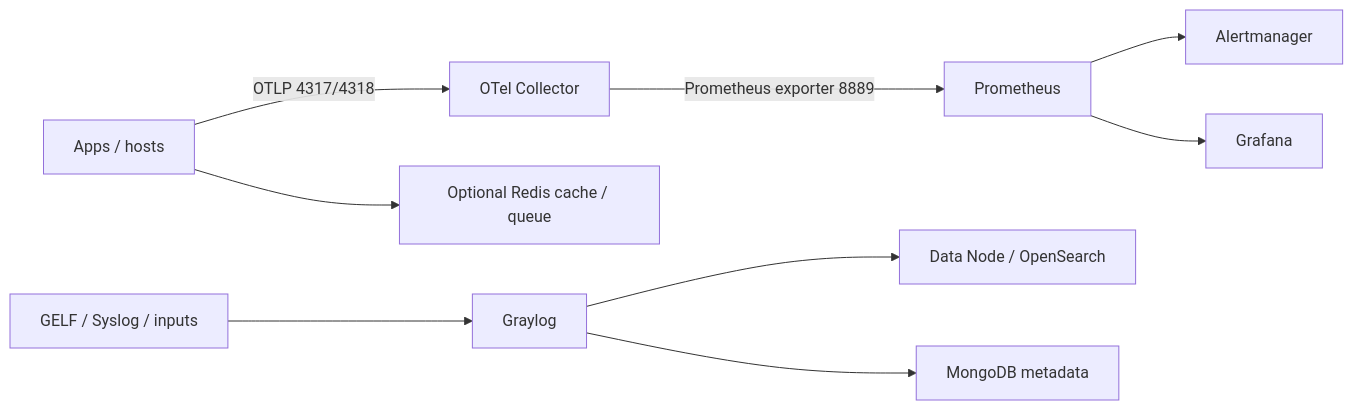
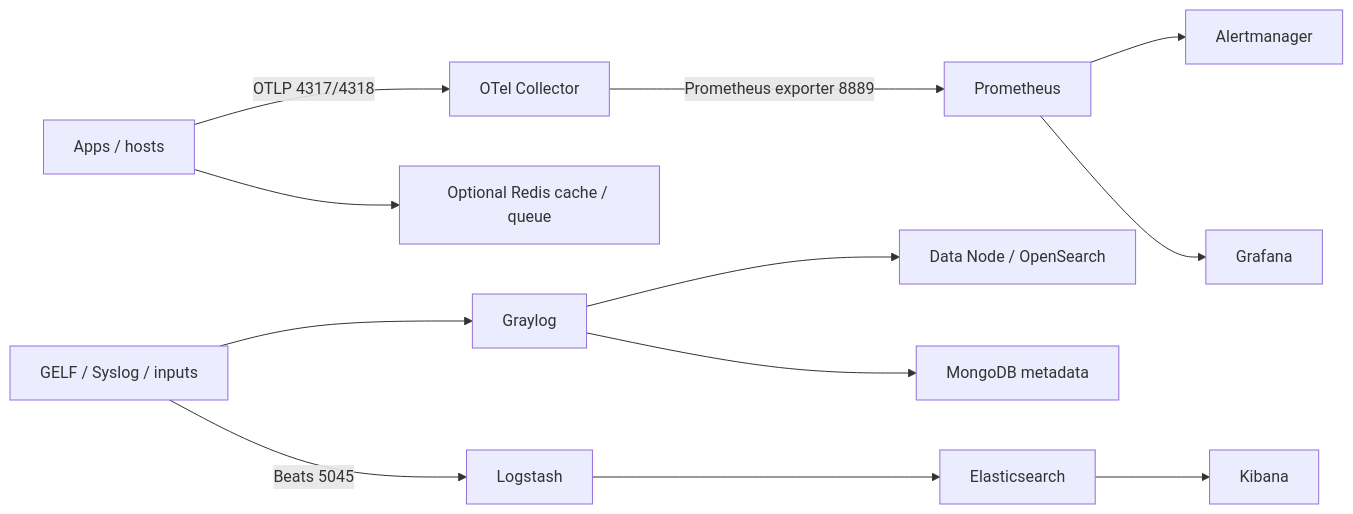
The second of 2 diagrams in README.md (Yunushan/observeweaver), drawn with Mermaid before and after one commit. The commit also changed other lines of this file and 49 other files, not shown here.

````diff
--- a/README.md
+++ b/README.md
@@ -210,11 +236,14 @@
 ```mermaid
 flowchart LR
     Apps["Apps / hosts"] -->|OTLP 4317/4318| OTel["OTel Collector"]
     OTel -->|Prometheus exporter 8889| Prom["Prometheus"]
     Prom --> Alerts["Alertmanager"]
     Prom --> Grafana["Grafana"]
     Sources["GELF / Syslog / inputs"] --> Graylog["Graylog"]
     Graylog --> Search["Data Node / OpenSearch"]
+    Sources -->|Beats 5045| Logstash["Logstash"]
+    Logstash --> Elastic["Elasticsearch"]
+    Elastic --> Kibana["Kibana"]
     Graylog --> Mongo["MongoDB metadata"]
     Apps --> Redis["Optional Redis cache / queue"]
 ```
````
